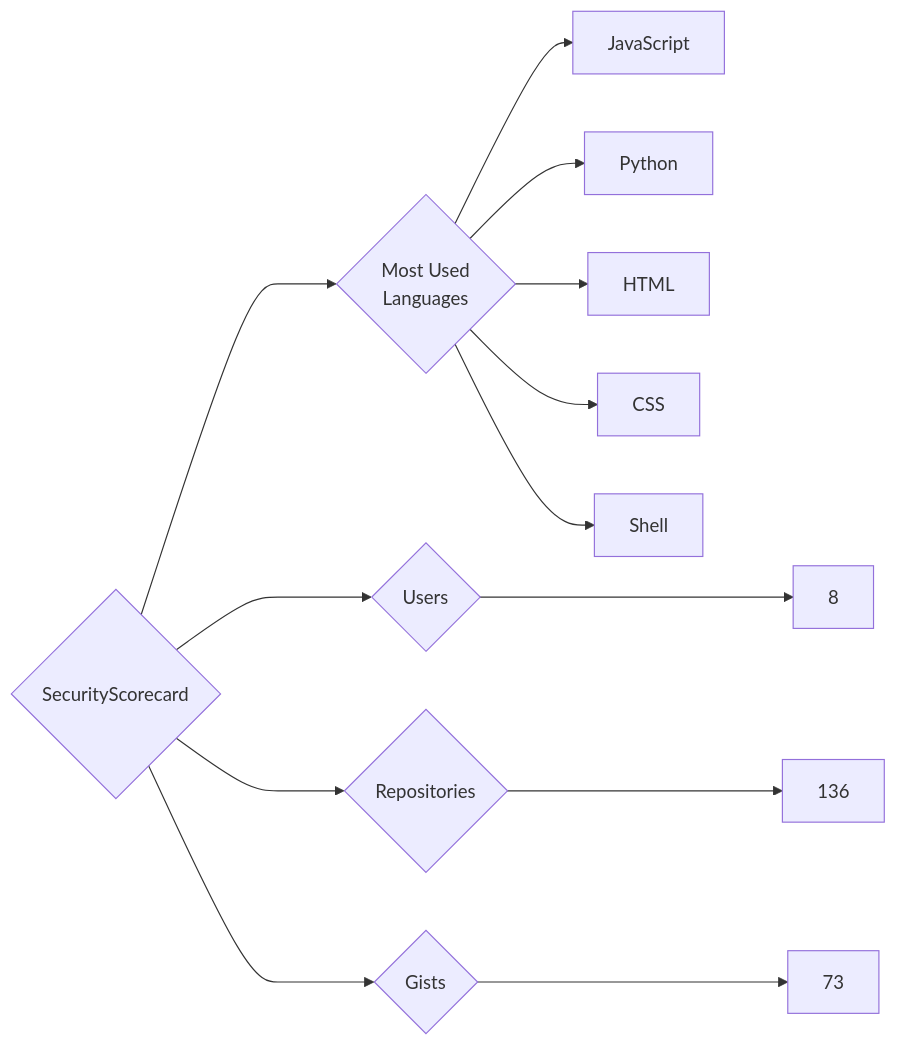
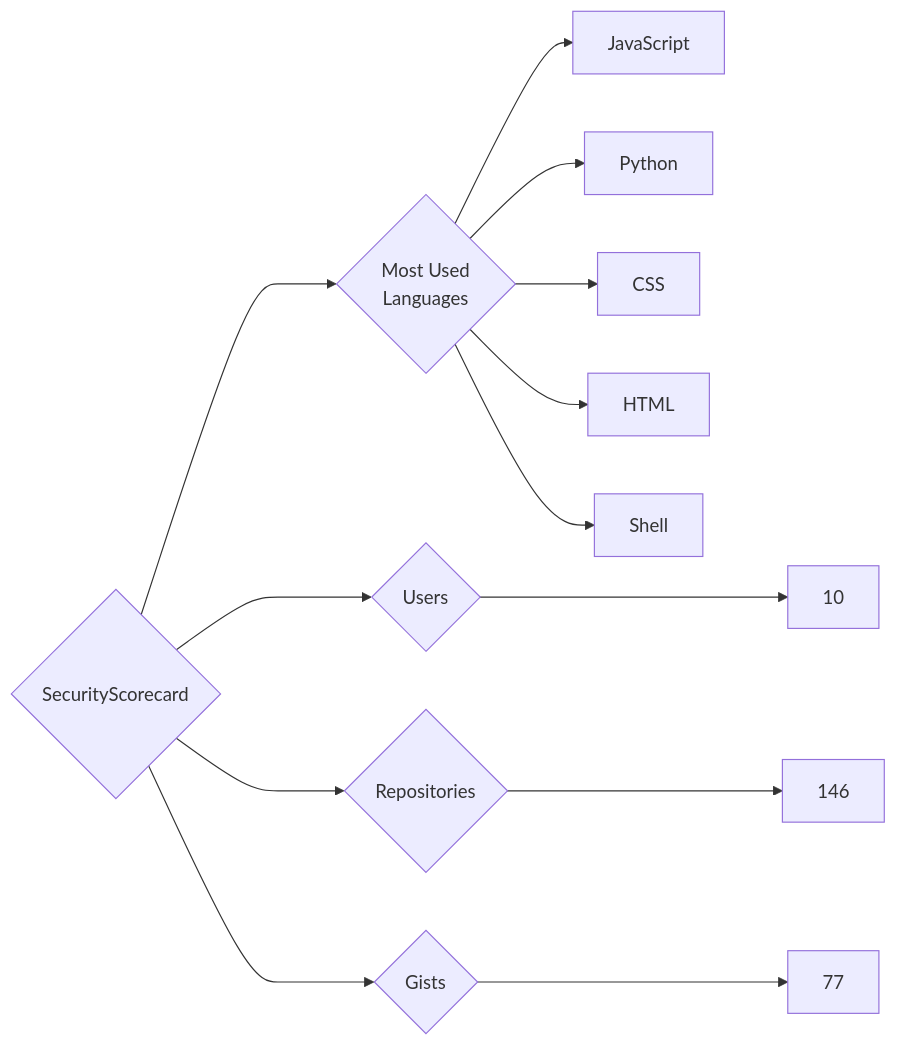
The diagram in targets/SecurityScorecard/README.md (trickest/insiders), drawn with Mermaid before and after one commit. The commit also changed 1484 other files, not shown here.

````diff
--- a/targets/SecurityScorecard/README.md
+++ b/targets/SecurityScorecard/README.md
@@ -3,13 +3,13 @@
 ```mermaid
 graph LR
 COMPANY_NAME{SecurityScorecard}
-COMPANY_NAME ---> U{Users} ---> UN[8]
-COMPANY_NAME ---> R{Repositories} ---> RN[136]
-COMPANY_NAME ---> G{Gists} ---> GN[73]
+COMPANY_NAME ---> U{Users} ---> UN[10]
+COMPANY_NAME ---> R{Repositories} ---> RN[146]
+COMPANY_NAME ---> G{Gists} ---> GN[77]
 COMPANY_NAME ---> ML{Most Used<br>Languages}
 ML --> JavaScript[JavaScript]
 ML --> Python[Python]
+ML --> CSS[CSS]
 ML --> HTML[HTML]
-ML --> CSS[CSS]
 ML --> Shell[Shell]
 ```
````
